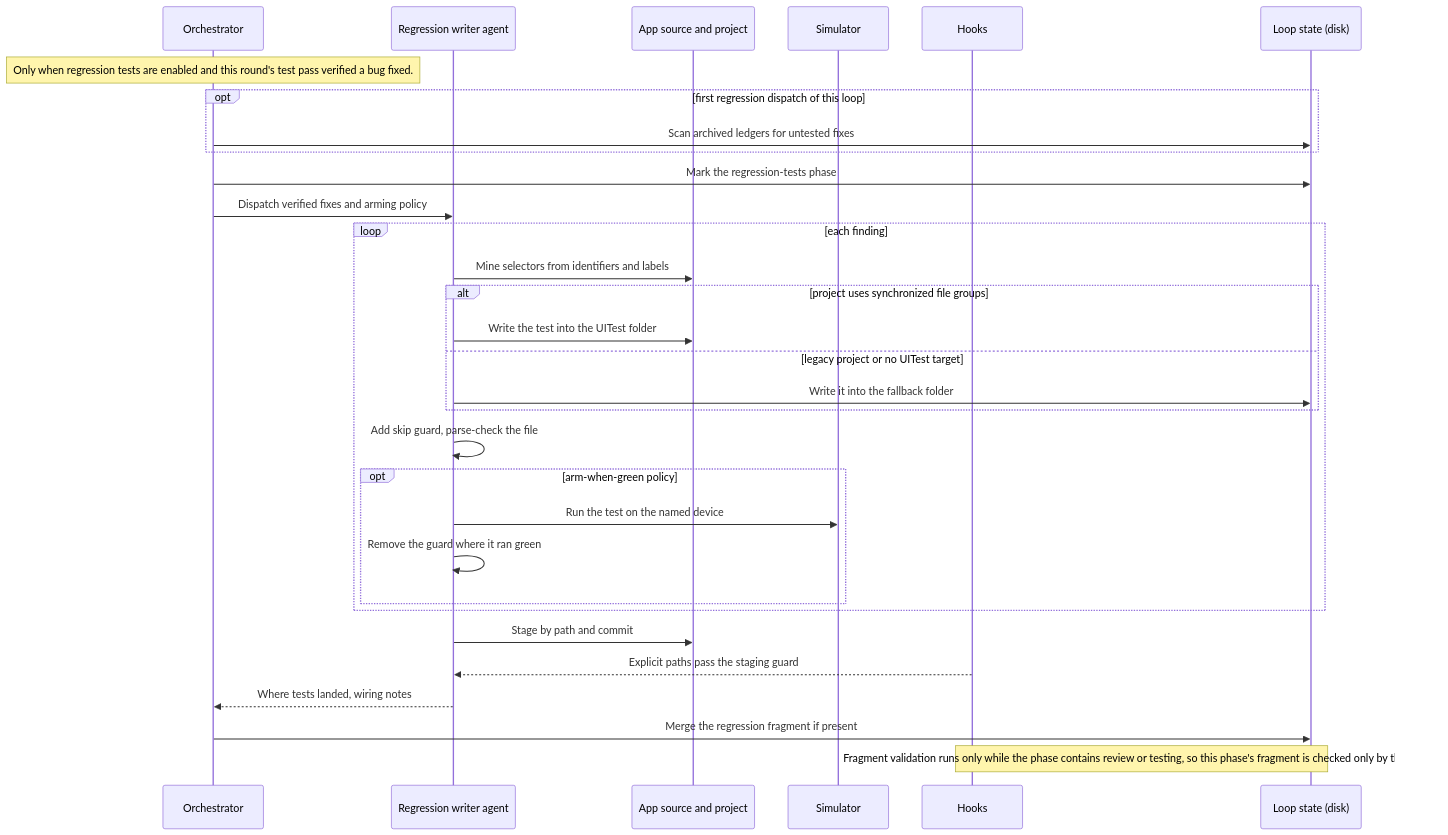
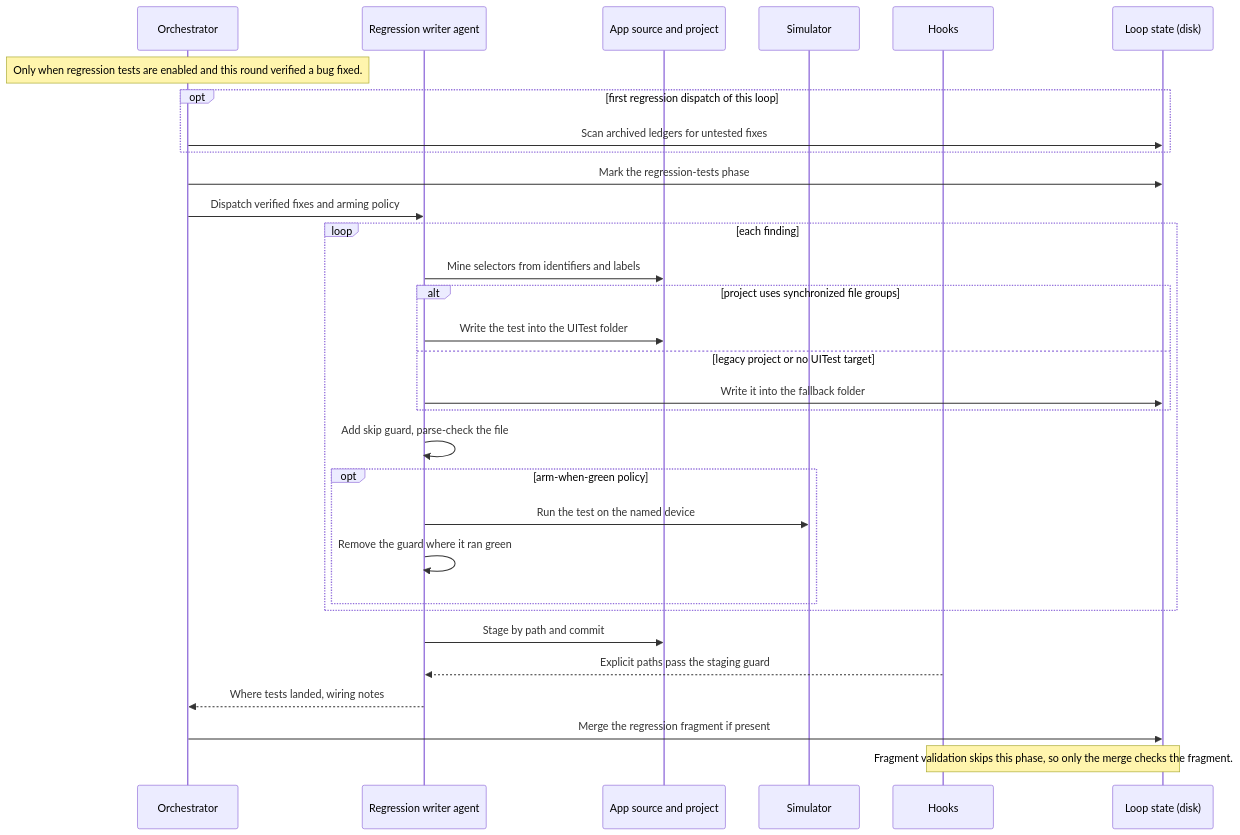
Diagram 18 of 33 in docs/architecture/qa-loop-tools.md (peterlit/quiller-claude-plugins), drawn with Mermaid before and after one commit. The commit also changed other lines of this file and 5 other files, not shown here.

````diff
--- a/docs/architecture/qa-loop-tools.md
+++ b/docs/architecture/qa-loop-tools.md
@@ -579,33 +822,33 @@
 ```mermaid
 sequenceDiagram
     participant O as Orchestrator
     participant W as Regression writer agent
     participant S as App source and project
     participant SIM as Simulator
     participant HK as Hooks
     participant L as Loop state (disk)
-    Note over O: Only when regression tests are enabled and this round's test pass verified a bug fixed.
+    Note over O: Only when regression tests are enabled and this round verified a bug fixed.
     opt first regression dispatch of this loop
         O->>L: Scan archived ledgers for untested fixes
     end
     O->>L: Mark the regression-tests phase
     O->>W: Dispatch verified fixes and arming policy
     loop each finding
         W->>S: Mine selectors from identifiers and labels
         alt project uses synchronized file groups
             W->>S: Write the test into the UITest folder
         else legacy project or no UITest target
             W->>L: Write it into the fallback folder
         end
         W->>W: Add skip guard, parse-check the file
         opt arm-when-green policy
             W->>SIM: Run the test on the named device
             W->>W: Remove the guard where it ran green
         end
     end
     W->>S: Stage by path and commit
     HK-->>W: Explicit paths pass the staging guard
     W-->>O: Where tests landed, wiring notes
     O->>L: Merge the regression fragment if present
-    Note over HK,L: Fragment validation runs only while the phase contains review or testing, so this phase's fragment is checked only by the merge.
+    Note over HK,L: Fragment validation skips this phase, so only the merge checks the fragment.
 ```
````
